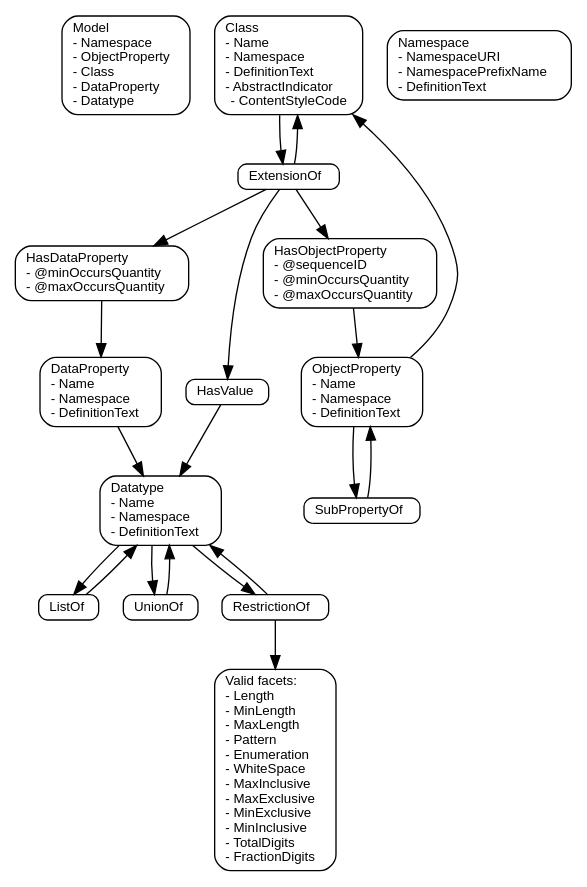
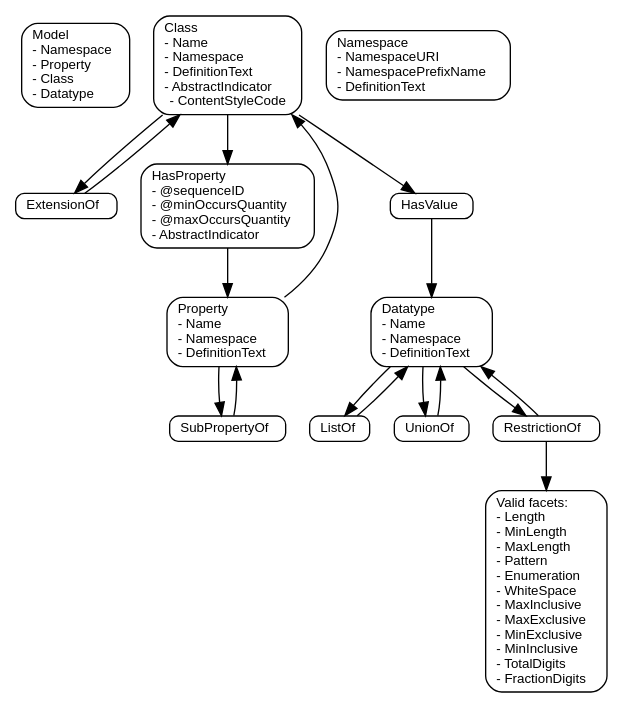
One commit to webb/niem-metamodel changed the diagram in metamodel-tb.dot. Above: the diagram before and after it, drawn with Graphviz. The commit also changed 2 other files, not shown here.

Commit message:
Simplified the model a bit.

```diff
--- a/metamodel-tb.dot
+++ b/metamodel-tb.dot
@@ -1,72 +1,62 @@
 digraph G {
   edge [fontname = "Helvetica", fontsize = 10, dir = forward];
   node [fontname = "Helvetica", fontsize = 10, width = 0, height = 0, label="\N\l"];
   rankdir = TB;
 
   node [shape=Mrecord];
   
   { rank = same;
     Model;
     Class;
     Namespace;
     }
 
   Class [rank = 1];
 
   // model ///////////////////////////////////////////////////////////////////
 
-  Model [label="\N\l- Namespace\l- ObjectProperty\l- Class\l- DataProperty\l- Datatype\l"];
+  Model [label="\N\l- Namespace\l- Property\l- Class\l- Datatype\l"];
 
   // namespace ///////////////////////////////////////////////////////
 
   Namespace [label="\N\l- NamespaceURI\l- NamespacePrefixName\l- DefinitionText\l"];
 
   //  Model -> Namespace [style = invis];
 
   // object property ///////////////////////////////////////////////////////
 
-  ObjectProperty [label="\N\l- Name\l- Namespace\l- DefinitionText\l"];
-  ObjectProperty -> Class;
-  // ObjectProperty -> SubPropertyOf [dir=both];
-  ObjectProperty -> SubPropertyOf -> ObjectProperty;
+  Property [label="\N\l- Name\l- Namespace\l- DefinitionText\l"];
+  Property -> Class;
+  // Property -> SubPropertyOf [dir=both];
+  Property -> SubPropertyOf -> Property;
 
   // class ///////////////////////////////////////////////////////
 
   Class [label="\N\l- Name\l- Namespace\l- DefinitionText\l- AbstractIndicator\l- ContentStyleCode"];
-  // Class -> ExtensionOf [dir=both];
   Class -> ExtensionOf -> Class;
+  Class -> { HasProperty HasValue }
   ExtensionOf [label="\N\l"];
-  ExtensionOf -> { HasDataProperty HasObjectProperty };
-  ExtensionOf -> HasValue;
   
   HasValue [label="\N\l"];
   HasValue -> Datatype;
 
-  HasObjectProperty [label="\N\l- @sequenceID\l- @minOccursQuantity\l- @maxOccursQuantity\l"];
-  HasObjectProperty -> ObjectProperty;
+  HasProperty [label="\N\l- @sequenceID\l- @minOccursQuantity\l- @maxOccursQuantity\l- AbstractIndicator\l"];
+  HasProperty -> Property;
 
-  HasDataProperty [label="\N\l- @minOccursQuantity\l- @maxOccursQuantity\l"];
-  HasDataProperty -> DataProperty;
-
-  // data property ///////////////////////////////////////////////////////
-
-  DataProperty [label="\N\l- Name\l- Namespace\l- DefinitionText\l"];
-  DataProperty -> Datatype;
-  
   // datatype ///////////////////////////////////////////////////////
 
   Datatype [label="\N\l- Name\l- Namespace\l- DefinitionText\l"];
   // Datatype -> ListOf [dir=both];
   Datatype -> ListOf -> Datatype;
   // Datatype -> UnionOf [dir=both];
   Datatype -> UnionOf -> Datatype;
   // Datatype -> RestrictionOf [dir=both];
   Datatype -> RestrictionOf -> Datatype;
 
   RestrictionOf -> Facets;
 
   // facets
   edge [dir=back, label="subst"];
   Facets [label="Valid facets:\l- Length\l- MinLength\l- MaxLength\l- Pattern\l- Enumeration\l- WhiteSpace\l- MaxInclusive\l- MaxExclusive\l- MinExclusive\l- MinInclusive\l- TotalDigits\l- FractionDigits\l"];
   
 }
```
